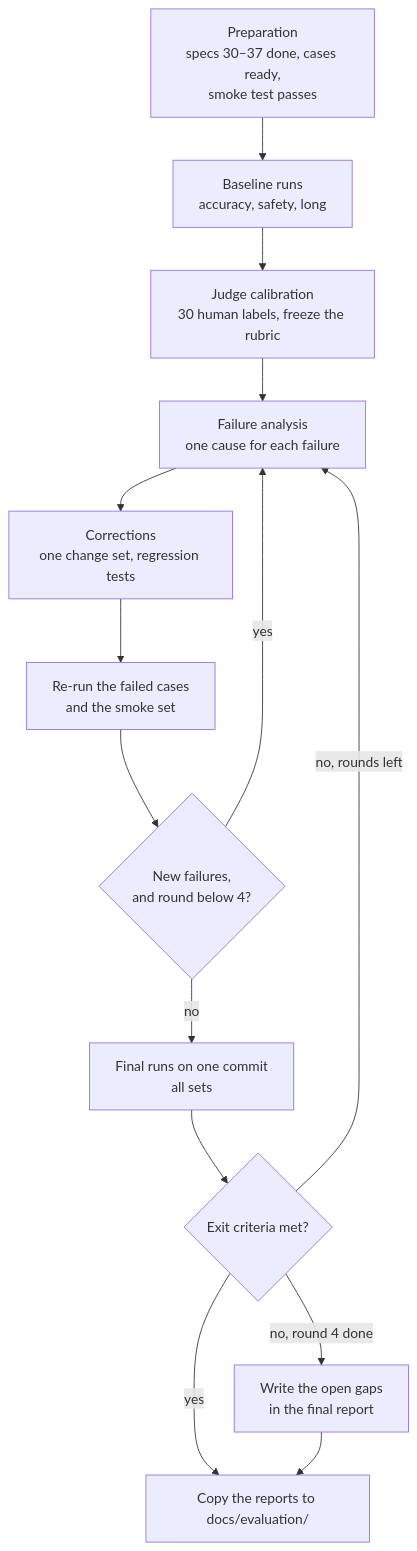
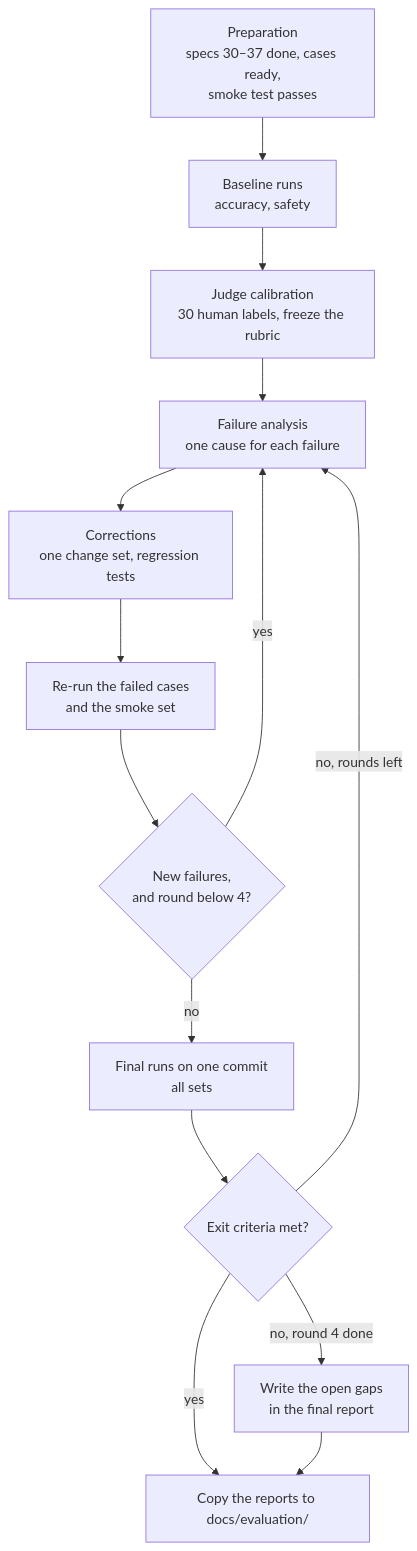
The diagram in docs/specs/50-eval-real-agent/spec.md (ynsa/retail-analytics-assistant), drawn with Mermaid before and after one commit. The commit also changed other lines of this file and 4 other files, not shown here.

````diff
--- a/docs/specs/50-eval-real-agent/spec.md
+++ b/docs/specs/50-eval-real-agent/spec.md
@@ -61,16 +61,16 @@
 ```mermaid
 flowchart TD
-    prep["Preparation<br/>specs 30–37 done, cases ready,<br/>smoke test passes"] --> base["Baseline runs<br/>accuracy, safety, long"]
+    prep["Preparation<br/>specs 30–37 done, cases ready,<br/>smoke test passes"] --> base["Baseline runs<br/>accuracy, safety"]
     base --> cal["Judge calibration<br/>30 human labels, freeze the rubric"]
     cal --> ana["Failure analysis<br/>one cause for each failure"]
     ana --> corr["Corrections<br/>one change set, regression tests"]
     corr --> rerun["Re-run the failed cases<br/>and the smoke set"]
     rerun --> more{"New failures,<br/>and round below 4?"}
     more -->|"yes"| ana
     more -->|"no"| final["Final runs on one commit<br/>all sets"]
     final --> exit{"Exit criteria met?"}
     exit -->|"yes"| docs["Copy the reports to docs/evaluation/"]
     exit -->|"no, rounds left"| ana
     exit -->|"no, round 4 done"| gaps["Write the open gaps<br/>in the final report"]
     gaps --> docs
 ```
````
